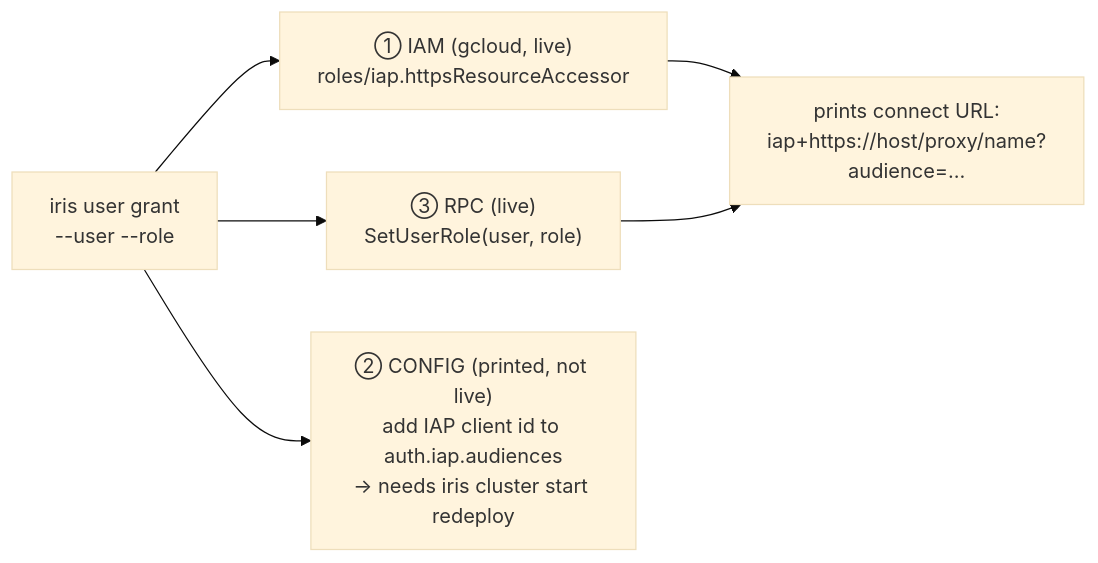
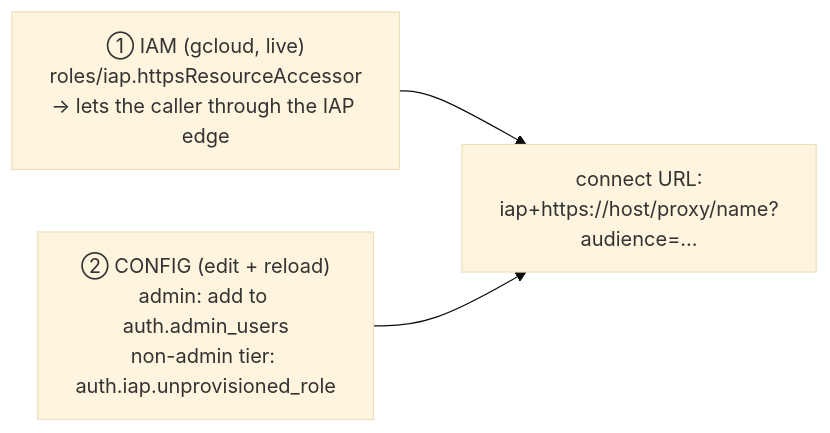
One commit to marin-community/marin changed the second of 2 diagrams in .agents/projects/unified_server_auth/onboarding.md. Above: the diagram before and after it, drawn with Mermaid (base theme). The commit also changed other lines of this file and 4 other files, not shown here.

````diff
--- a/.agents/projects/unified_server_auth/onboarding.md
+++ b/.agents/projects/unified_server_auth/onboarding.md
@@ -75,8 +81,7 @@
 ```mermaid
 graph LR
-    G["iris user grant<br/>--user --role"] --> P1["① IAM (gcloud, live)<br/>roles/iap.httpsResourceAccessor"]
-    G --> P3["③ RPC (live)<br/>SetUserRole(user, role)"]
-    G --> P2["② CONFIG (printed, not live)<br/>add IAP client id to auth.iap.audiences<br/>→ needs iris cluster start redeploy"]
-    P1 --> URL["prints connect URL:<br/>iap+https://host/proxy/name?audience=…"]
-    P3 --> URL
+    P1["① IAM (gcloud, live)<br/>roles/iap.httpsResourceAccessor<br/>→ lets the caller through the IAP edge"]
+    P2["② CONFIG (edit + reload)<br/>admin: add to auth.admin_users<br/>non-admin tier: auth.iap.unprovisioned_role"]
+    P1 --> URL["connect URL:<br/>iap+https://host/proxy/name?audience=…"]
+    P2 --> URL
 ```
````
